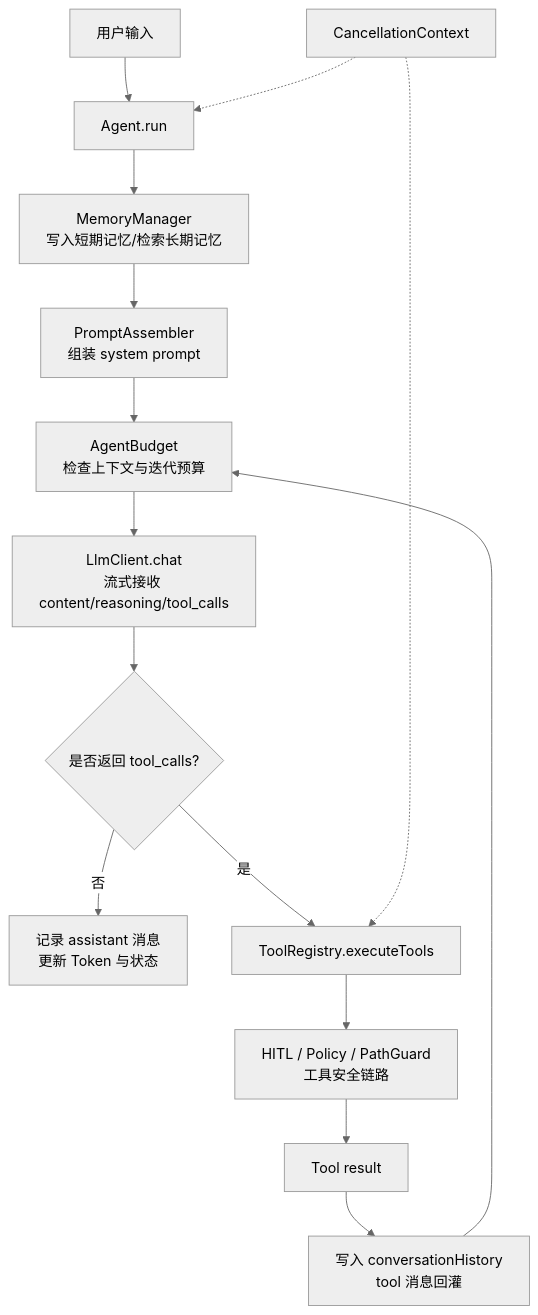
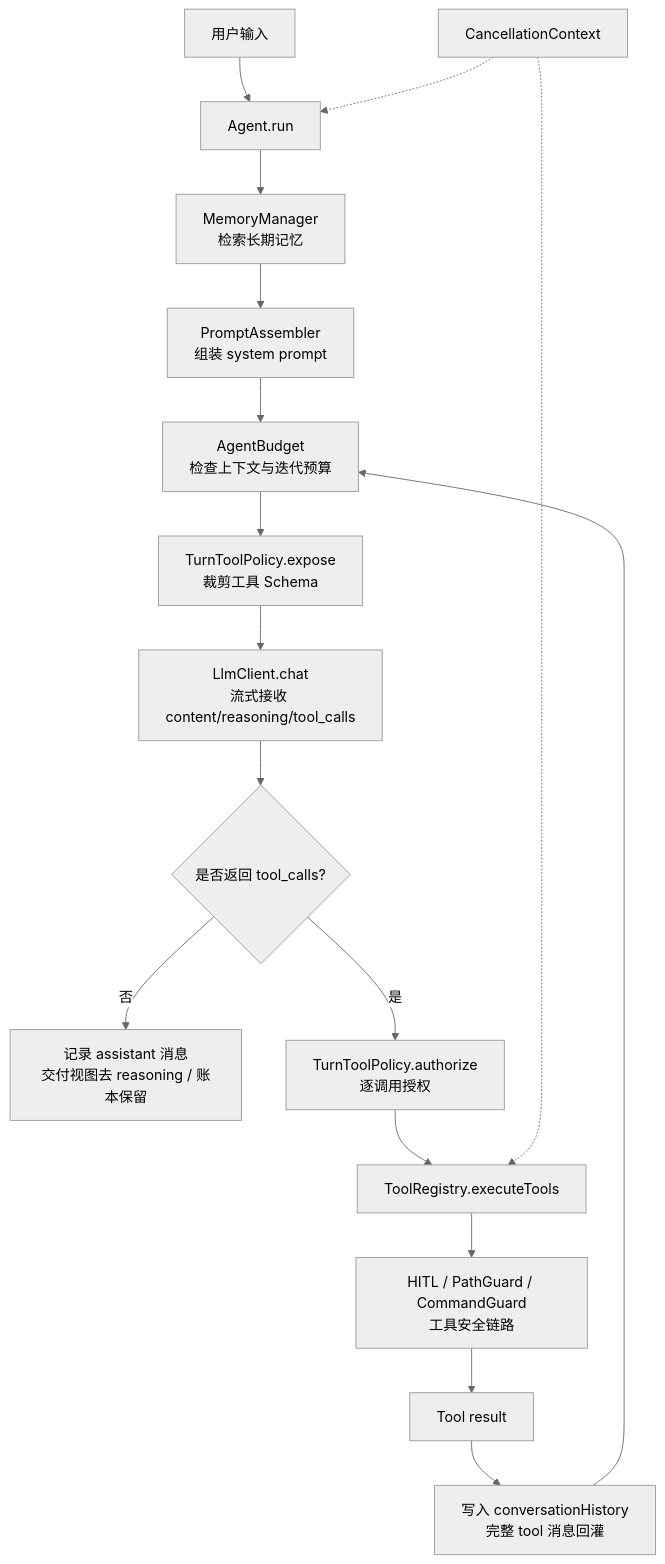
Before and after one commit to zgjdev/Code-Agent: the first of 3 diagrams in docs/dev/01-react-agent.md, drawn with Mermaid (neutral theme). The commit also changed other lines of this file and 5 other files, not shown here.

````diff
--- a/docs/dev/01-react-agent.md
+++ b/docs/dev/01-react-agent.md
@@ -42,17 +51,19 @@
 ```mermaid
 flowchart TD
     U[用户输入] --> A[Agent.run]
-    A --> M[MemoryManager<br/>写入短期记忆/检索长期记忆]
+    A --> M[MemoryManager<br/>检索长期记忆]
     M --> P[PromptAssembler<br/>组装 system prompt]
     P --> B[AgentBudget<br/>检查上下文与迭代预算]
-    B --> L[LlmClient.chat<br/>流式接收 content/reasoning/tool_calls]
+    B --> TP[TurnToolPolicy.expose<br/>裁剪工具 Schema]
+    TP --> L[LlmClient.chat<br/>流式接收 content/reasoning/tool_calls]
     L --> D{是否返回 tool_calls?}
-    D -- 否 --> R[记录 assistant 消息<br/>更新 Token 与状态]
-    D -- 是 --> T[ToolRegistry.executeTools]
-    T --> H[HITL / Policy / PathGuard<br/>工具安全链路]
+    D -- 否 --> R[记录 assistant 消息<br/>交付视图去 reasoning / 账本保留]
+    D -- 是 --> AU[TurnToolPolicy.authorize<br/>逐调用授权]
+    AU --> T[ToolRegistry.executeTools]
+    T --> H[HITL / PathGuard / CommandGuard<br/>工具安全链路]
     H --> TR[Tool result]
-    TR --> C[写入 conversationHistory<br/>tool 消息回灌]
+    TR --> C[写入 conversationHistory<br/>完整 tool 消息回灌]
     C --> B
     X[CancellationContext] -.-> A
     X -.-> T
 ```
````
